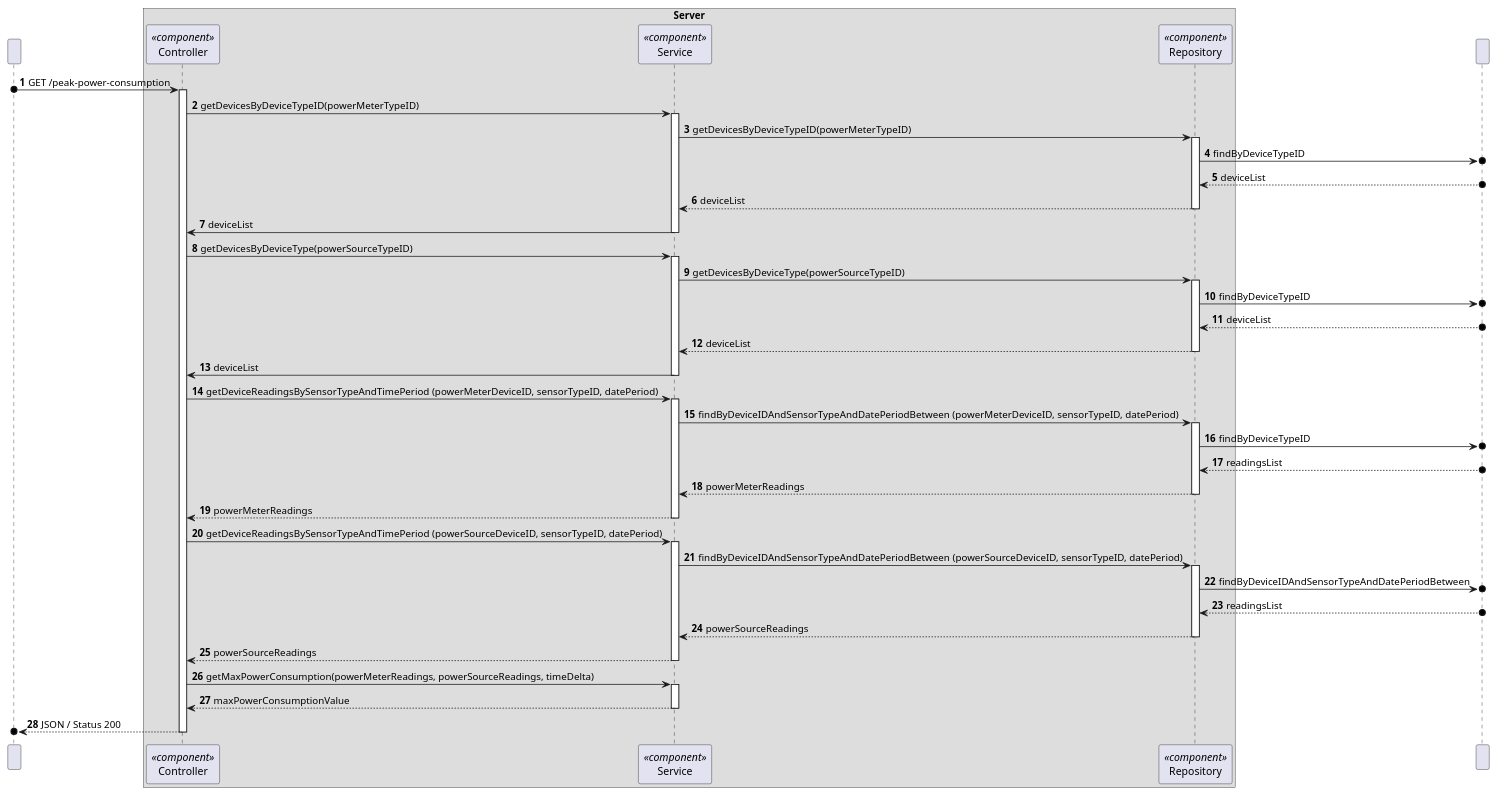
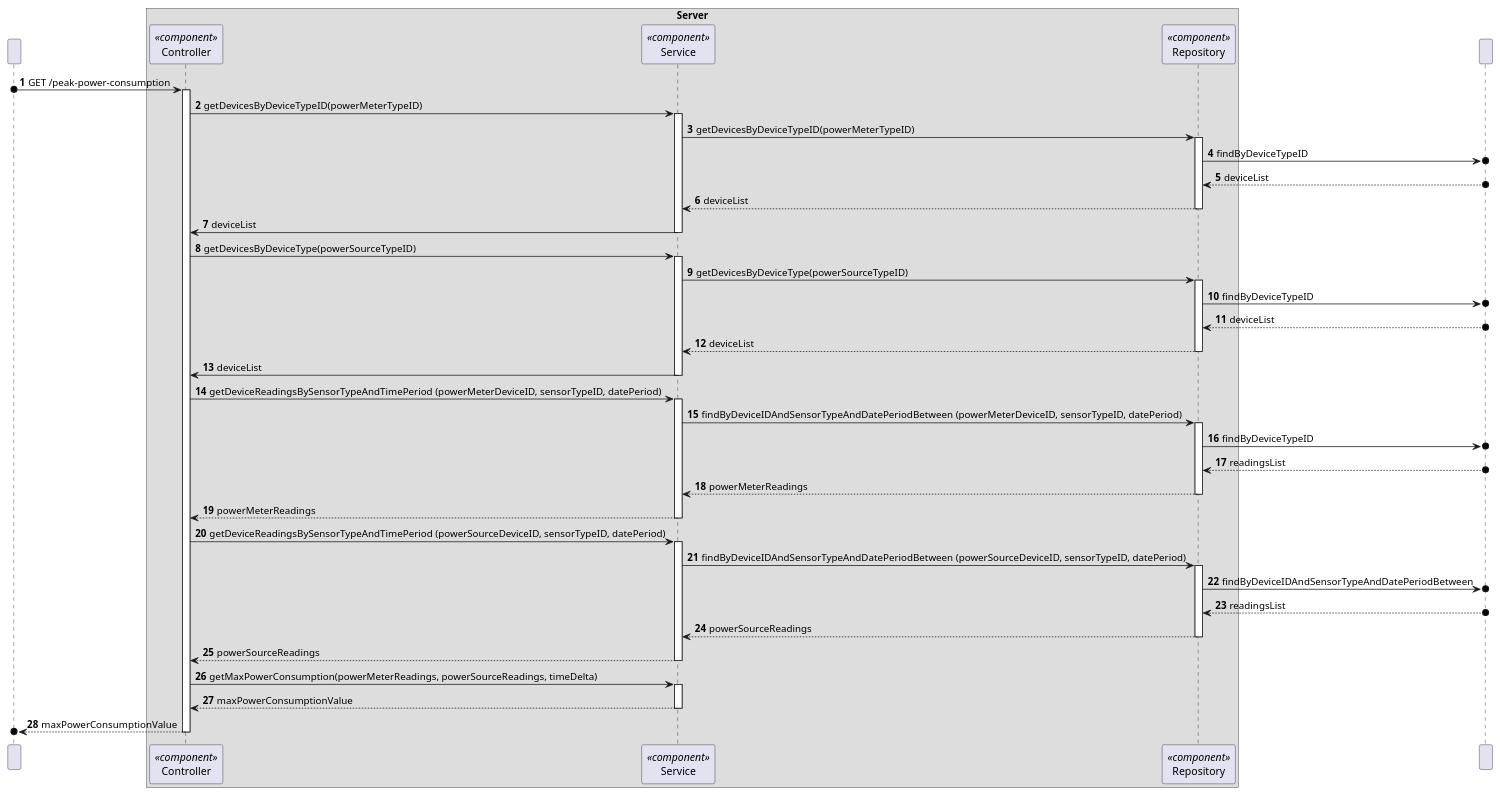
Before and after one commit to moutajDev/smarthome: the diagram in docs/C4_4plus1_models/Level4/ProcessView/ProcessViewLevel4_UC14.puml, drawn with PlantUML. The commit also changed 23 other files, not shown here.

Commit message:
docs: update to c4 model process view level 4 - Controller returns DTO not JSON

```diff
--- a/docs/C4_4plus1_models/Level4/ProcessView/ProcessViewLevel4_UC14.puml
+++ b/docs/C4_4plus1_models/Level4/ProcessView/ProcessViewLevel4_UC14.puml
@@ -1,121 +1,121 @@
 @startuml
 'https://plantuml.com/sequence-diagram
 
 
 participant " " as HTTP
 
 box "Server"
 participant Controller as "Controller"<<component>>
 participant Service as "Service"<<component>>
 participant Repository as "Repository"<<component>>
 end box
 
 participant DataBase as " "
 
 autonumber
 
 HTTP o-> Controller : GET /peak-power-consumption
 
 activate Controller
 
 Controller -> Service: getDevicesByDeviceTypeID(powerMeterTypeID)
 
 activate Service
 
 Service -> Repository: getDevicesByDeviceTypeID(powerMeterTypeID)
 
 activate Repository
 
 Repository ->o DataBase: findByDeviceTypeID
 
 DataBase o--> Repository : deviceList
 
 Repository --> Service: deviceList
 
 deactivate Repository
 
 Service -> Controller: deviceList
 
 deactivate Service
 
 '--------------------------------------------'
 
 Controller -> Service: getDevicesByDeviceType(powerSourceTypeID)
 
 activate Service
 
 Service -> Repository: getDevicesByDeviceType(powerSourceTypeID)
 
 activate Repository
 
 Repository ->o DataBase: findByDeviceTypeID
 
 DataBase o--> Repository : deviceList
 
 Repository --> Service: deviceList
 
 deactivate Repository
 
 Service -> Controller: deviceList
 
 deactivate Service
 
 '--------------------------------------------'
 
 Controller -> Service: getDeviceReadingsBySensorTypeAndTimePeriod (powerMeterDeviceID, sensorTypeID, datePeriod)
 
 activate Service
 
 Service -> Repository: findByDeviceIDAndSensorTypeAndDatePeriodBetween (powerMeterDeviceID, sensorTypeID, datePeriod)
 
 activate Repository
 
 Repository ->o DataBase: findByDeviceTypeID
 
 DataBase o--> Repository : readingsList
 
 Repository --> Service: powerMeterReadings
 
 deactivate Repository
 
 Service --> Controller: powerMeterReadings
 
 deactivate Service
 
 Controller -> Service: getDeviceReadingsBySensorTypeAndTimePeriod (powerSourceDeviceID, sensorTypeID, datePeriod)
 
 '--------------------------------------------'
 
 activate Service
 
 Service -> Repository: findByDeviceIDAndSensorTypeAndDatePeriodBetween (powerSourceDeviceID, sensorTypeID, datePeriod)
 
 activate Repository
 
 Repository ->o DataBase: findByDeviceIDAndSensorTypeAndDatePeriodBetween
 
 DataBase o--> Repository : readingsList
 
 Repository --> Service: powerSourceReadings
 
 deactivate Repository
 
 Service --> Controller: powerSourceReadings
 
 deactivate Service
 
 Controller -> Service: getMaxPowerConsumption(powerMeterReadings, powerSourceReadings, timeDelta)
 
 '--------------------------------------------'
 
 activate Service
 
 Service --> Controller: maxPowerConsumptionValue
 
 deactivate Service
 
-Controller -->o HTTP: JSON / Status 200
+Controller -->o HTTP: maxPowerConsumptionValue
 
 deactivate Controller
 
 @enduml
```
